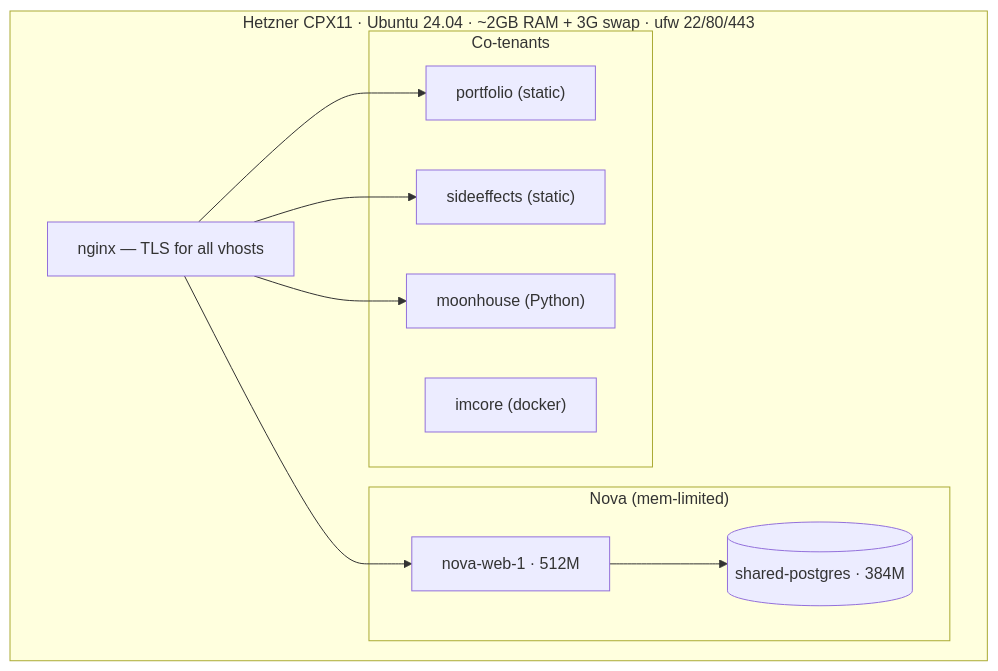
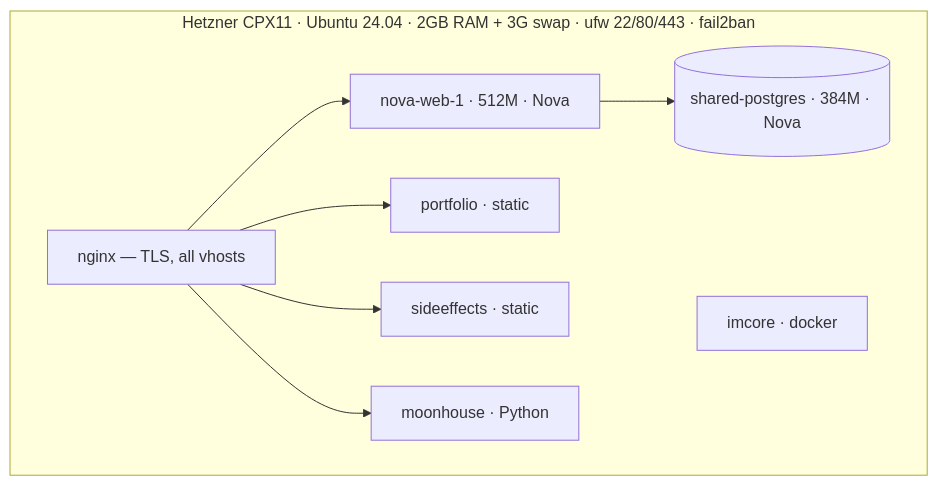
One commit to xdroberto/nova-analytics changed the fifth of 6 diagrams in docs/architecture.md. Above: the diagram before and after it, drawn with Mermaid. The commit also changed other lines of this file and 2 other files, not shown here.

Commit message:
fix(docs): flatten VPS topology diagram for GitHub render + record SSH hardening applied
VPS diagram: removed the doubly-nested subgraphs (nova/co) that GitHub's mermaid renderer choked on; single-level subgraph now, grouping conveyed via node labels. SSH: PasswordAuthentication no + KbdInteractive no + X11Forwarding no applied (drop-in, sshd -t + reload, fresh key login verified — no lockout); fail2ban 1.0.2 active (sshd jail) — banned 6 brute-force IPs on first scan. deployment.md + BRAIN updated to reflect applied.

````diff
--- a/docs/architecture.md
+++ b/docs/architecture.md
@@ -140,21 +140,17 @@
 ```mermaid
 flowchart TB
-    subgraph vps["Hetzner CPX11 · Ubuntu 24.04 · ~2GB RAM + 3G swap · ufw 22/80/443"]
-        NGINX["nginx — TLS for all vhosts"]
-        subgraph nova["Nova (mem-limited)"]
-            W["nova-web-1 · 512M"]
-            P[("shared-postgres · 384M")]
-        end
-        subgraph co["Co-tenants"]
-            PORT["portfolio (static)"]
-            SE["sideeffects (static)"]
-            MOON["moonhouse (Python)"]
-            IM["imcore (docker)"]
-        end
+    subgraph vps["Hetzner CPX11 · Ubuntu 24.04 · 2GB RAM + 3G swap · ufw 22/80/443 · fail2ban"]
+        NGINX["nginx — TLS, all vhosts"]
+        W["nova-web-1 · 512M · Nova"]
+        P[("shared-postgres · 384M · Nova")]
+        PORT["portfolio · static"]
+        SE["sideeffects · static"]
+        MOON["moonhouse · Python"]
+        IM["imcore · docker"]
     end
     NGINX --> W
     NGINX --> PORT
     NGINX --> SE
     NGINX --> MOON
     W --> P
 ```
````
